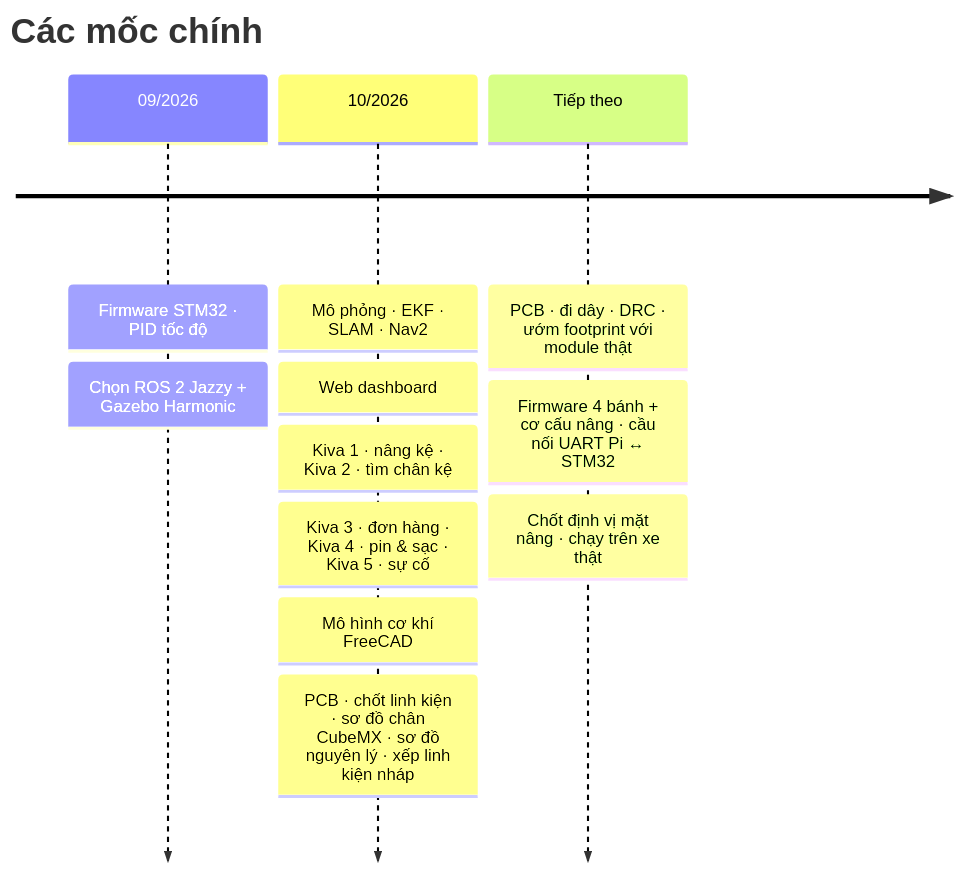
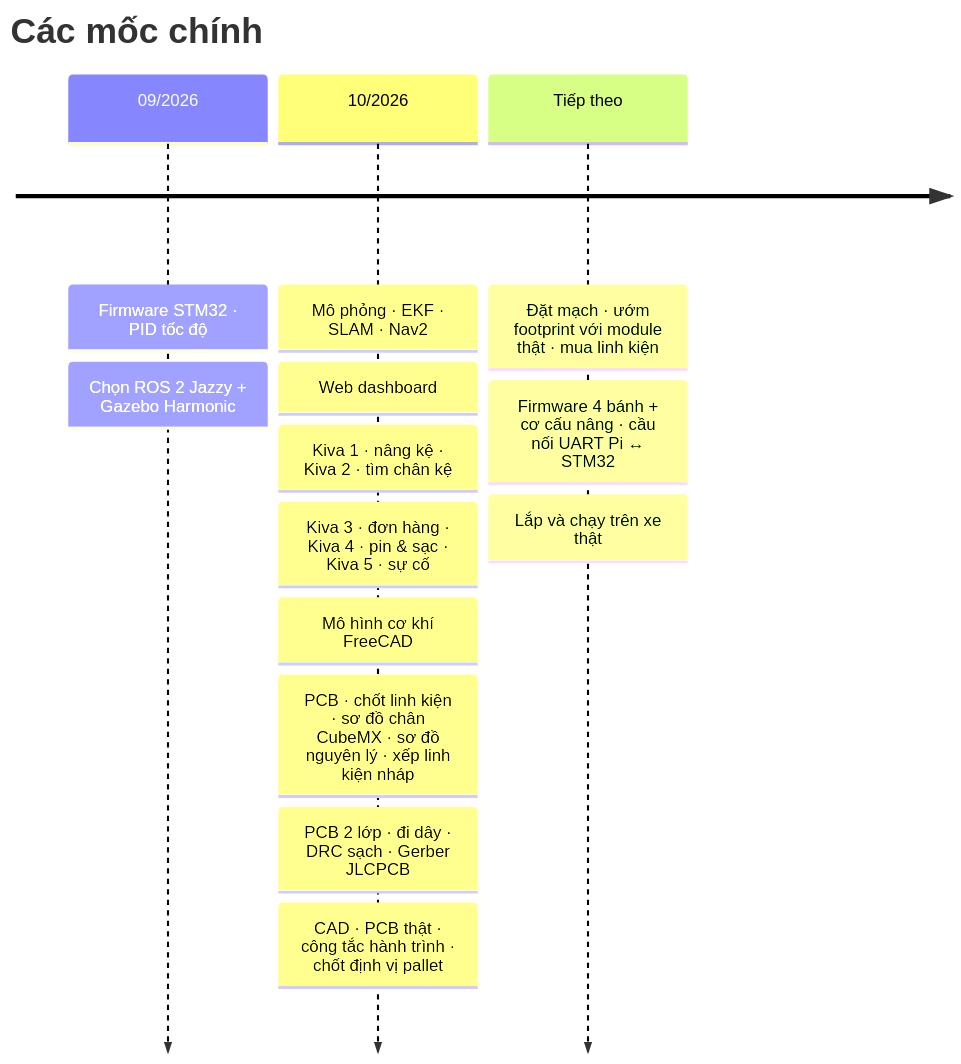
The seventh of 8 diagrams in README.md (VQ-Vinh/DA2-Robot-AGV), drawn with Mermaid before and after one commit. The commit also changed other lines of this file and 1 other file, not shown here.

Commit message:
docs: update progress report for two-layer PCB and CAD completion

````diff
--- a/README.md
+++ b/README.md
@@ -179,15 +179,17 @@
 ```mermaid
 timeline
     title Các mốc chính
     09/2026 : Firmware STM32 · PID tốc độ
             : Chọn ROS 2 Jazzy + Gazebo Harmonic
     10/2026 : Mô phỏng · EKF · SLAM · Nav2
             : Web dashboard
             : Kiva 1 · nâng kệ · Kiva 2 · tìm chân kệ
             : Kiva 3 · đơn hàng · Kiva 4 · pin & sạc · Kiva 5 · sự cố
             : Mô hình cơ khí FreeCAD
             : PCB · chốt linh kiện · sơ đồ chân CubeMX · sơ đồ nguyên lý · xếp linh kiện nháp
-    Tiếp theo : PCB · đi dây · DRC · ướm footprint với module thật
+            : PCB 2 lớp · đi dây · DRC sạch · Gerber JLCPCB
+            : CAD · PCB thật · công tắc hành trình · chốt định vị pallet
+    Tiếp theo : Đặt mạch · ướm footprint với module thật · mua linh kiện
               : Firmware 4 bánh + cơ cấu nâng · cầu nối UART Pi ↔ STM32
-              : Chốt định vị mặt nâng · chạy trên xe thật
+              : Lắp và chạy trên xe thật
 ```
````
